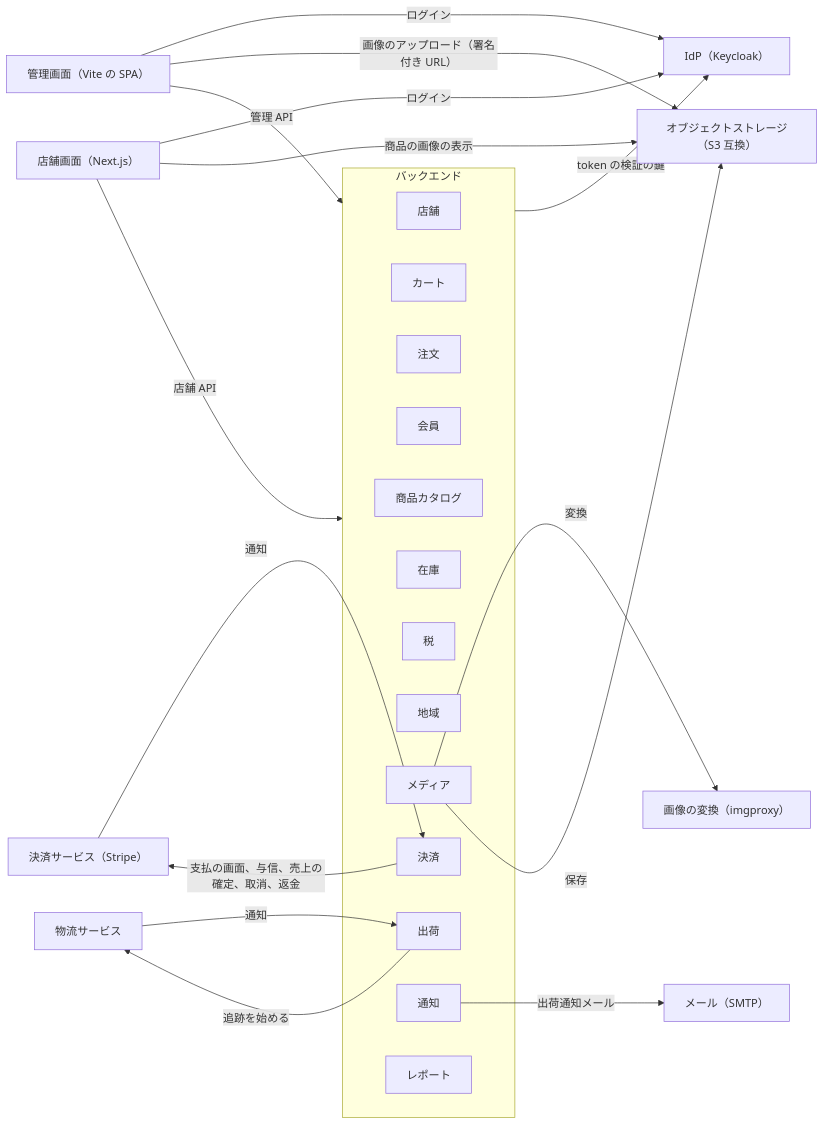
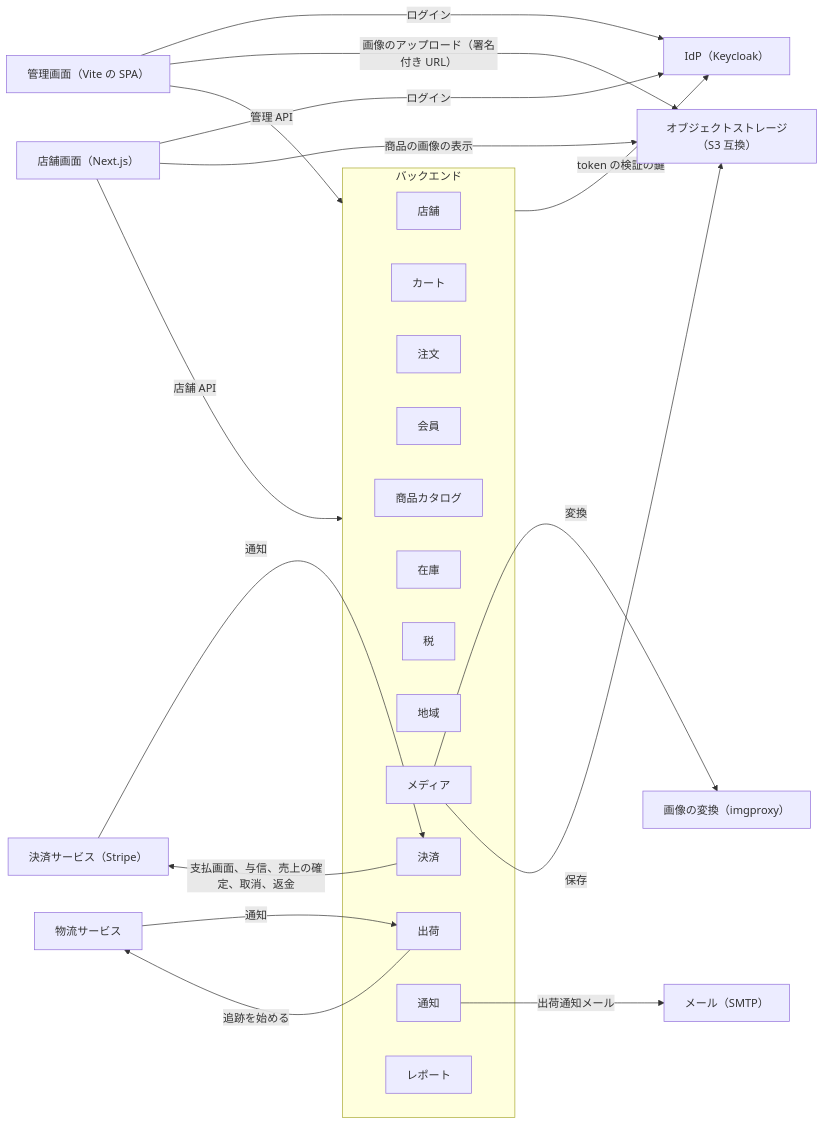
One commit to roger88106/ec-site changed the second of 2 diagrams in docs/design/overview.md. Above: the diagram before and after it, drawn with Mermaid. The commit also changed other lines of this file and 231 other files, not shown here.

````diff
--- a/docs/design/overview.md
+++ b/docs/design/overview.md
@@ -65,42 +65,42 @@
 ```mermaid
 flowchart LR
     store_app["店舗画面（Next.js）"]
     admin_app["管理画面（Vite の SPA）"]
     idp["IdP（Keycloak）"]
     payment_service["決済サービス（Stripe）"]
     carrier["物流サービス"]
     smtp["メール（SMTP）"]
     storage["オブジェクトストレージ（S3 互換）"]
     converter["画像の変換（imgproxy）"]
 
     subgraph backend["バックエンド"]
         module_storefront["店舗"]
         module_cart["カート"]
         module_order["注文"]
         module_member["会員"]
         module_catalog["商品カタログ"]
         module_inventory["在庫"]
         module_tax["税"]
         module_region["地域"]
         module_media["メディア"]
         module_payment["決済"]
         module_shipping["出荷"]
         module_notification["通知"]
         module_reporting["レポート"]
     end
 
     store_app -->|ログイン| idp
     admin_app -->|ログイン| idp
     store_app -->|店舗 API| backend
     admin_app -->|管理 API| backend
     admin_app -->|画像のアップロード（署名付き URL）| storage
     backend -->|token の検証の鍵| idp
-    module_payment -->|支払の画面、与信、売上の確定、取消、返金| payment_service
+    module_payment -->|支払画面、与信、売上の確定、取消、返金| payment_service
     payment_service -->|通知| module_payment
     module_shipping -->|追跡を始める| carrier
     carrier -->|通知| module_shipping
     module_notification -->|出荷通知メール| smtp
     module_media -->|変換| converter
     module_media -->|保存| storage
     store_app -->|商品の画像の表示| storage
 ```
````
